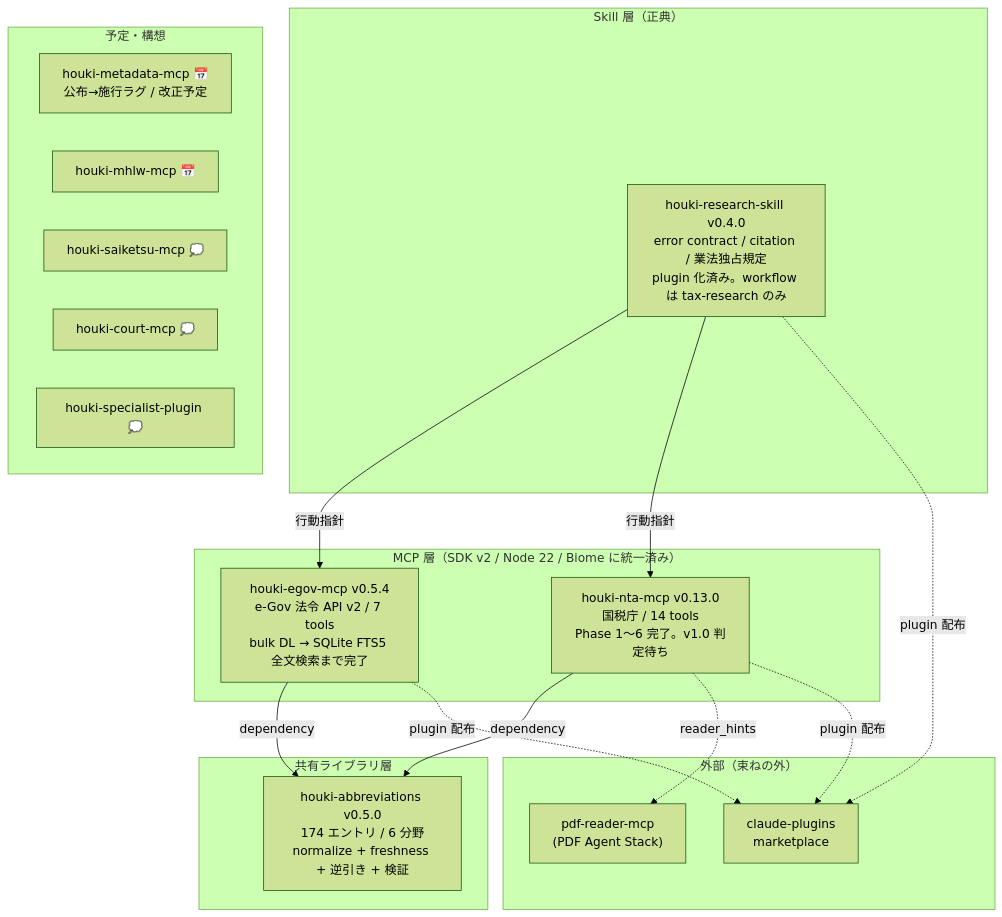
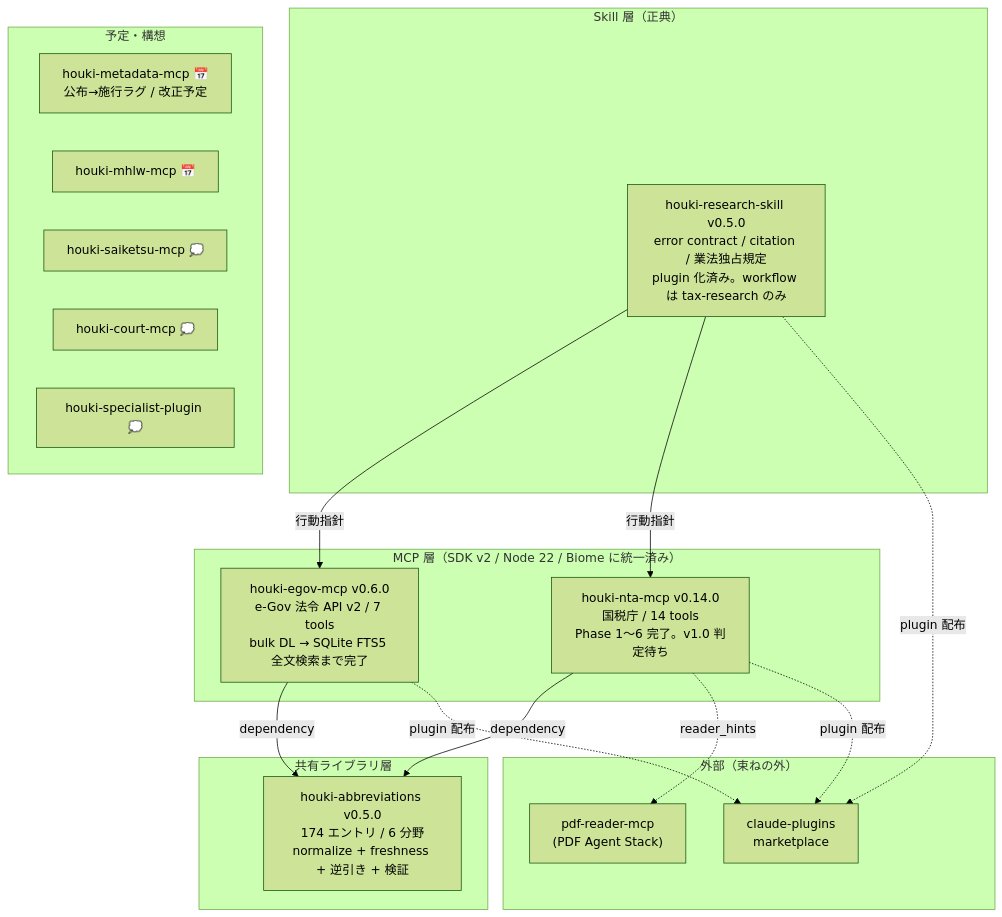
Before and after one commit to shuji-bonji/houki-hub: the diagram in docs/ROADMAP.md, drawn with Mermaid (forest theme). The commit also changed other lines of this file and 15 other files, not shown here.

First line of the commit message:
docs: egov 0.6.0 / nta 0.14.0 / houki-research 0.5.0 に追随する

````diff
--- a/docs/ROADMAP.md
+++ b/docs/ROADMAP.md
@@ -8,28 +8,28 @@
 ```mermaid
 graph TB
     subgraph Skill層["Skill 層（正典）"]
-        SKILL["houki-research-skill v0.4.0<br/>error contract / citation / 業法独占規定<br/>plugin 化済み。workflow は tax-research のみ"]
+        SKILL["houki-research-skill v0.5.0<br/>error contract / citation / 業法独占規定<br/>plugin 化済み。workflow は tax-research のみ"]
     end
     subgraph MCP層["MCP 層（SDK v2 / Node 22 / Biome に統一済み）"]
-        EGOV["houki-egov-mcp v0.5.4<br/>e-Gov 法令 API v2 / 7 tools<br/>bulk DL → SQLite FTS5 全文検索まで完了"]
-        NTA["houki-nta-mcp v0.13.0<br/>国税庁 / 14 tools<br/>Phase 1〜6 完了。v1.0 判定待ち"]
+        EGOV["houki-egov-mcp v0.6.0<br/>e-Gov 法令 API v2 / 7 tools<br/>bulk DL → SQLite FTS5 全文検索まで完了"]
+        NTA["houki-nta-mcp v0.14.0<br/>国税庁 / 14 tools<br/>Phase 1〜6 完了。v1.0 判定待ち"]
     end
     subgraph 共有層["共有ライブラリ層"]
         ABBR["houki-abbreviations v0.5.0<br/>174 エントリ / 6 分野<br/>normalize + freshness + 逆引き + 検証"]
     end
     subgraph 外部["外部（束ねの外）"]
         PDF["pdf-reader-mcp<br/>(PDF Agent Stack)"]
         PLUGINS["claude-plugins<br/>marketplace"]
     end
     SKILL -->|行動指針| EGOV & NTA
     EGOV & NTA -->|dependency| ABBR
     NTA -.->|reader_hints| PDF
     EGOV & NTA & SKILL -.->|plugin 配布| PLUGINS
     subgraph 将来["予定・構想"]
         META["houki-metadata-mcp 📅<br/>公布→施行ラグ / 改正予定"]
         MHLW["houki-mhlw-mcp 📅"]
         SAIKETSU["houki-saiketsu-mcp 💭"]
         COURT["houki-court-mcp 💭"]
         AGENT["houki-specialist-plugin 💭"]
     end
 ```
````
